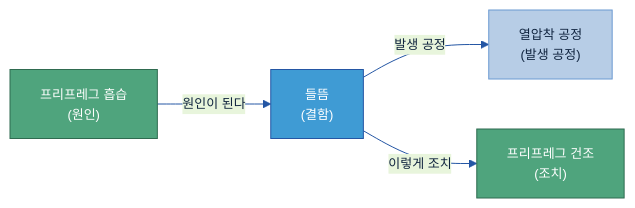
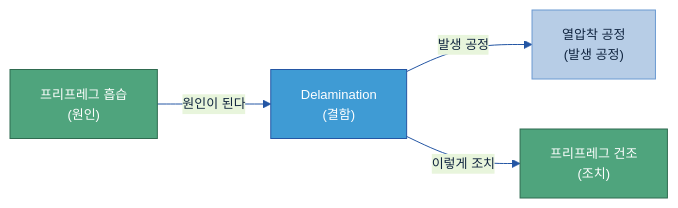
Before and after one commit to jin-kearney/ai-ready-data-manual: the first of 8 diagrams in 가이드 작성/B-3 온톨로지/B-3 온톨로지.md, drawn with Mermaid. The commit also changed other lines of this file and 1 other file, not shown here.

First line of the commit message:
docs(B-3): 용어 표기 일괄 정리 — 영문 병기 제거 + 들뜸→Delamination

````diff
--- a/가이드 작성/B-3 온톨로지/B-3 온톨로지.md
+++ b/가이드 작성/B-3 온톨로지/B-3 온톨로지.md
@@ -72,14 +72,14 @@
 ```mermaid
 %%{init: {'theme':'base','themeVariables':{'primaryColor':'#DCE8F5','primaryBorderColor':'#2456A4','primaryTextColor':'#10243f','lineColor':'#2456A4','fontSize':'13px'}}}%%
 flowchart LR
     원인["프리프레그 흡습\n(원인)"]:::loop
-    결함["들뜸\n(결함)"]:::gate
+    결함["Delamination\n(결함)"]:::gate
     공정["열압착 공정\n(발생 공정)"]:::n
     조치["프리프레그 건조\n(조치)"]:::loop
     원인 -->|"원인이 된다"| 결함
     결함 -->|"발생 공정"| 공정
     결함 -->|"이렇게 조치"| 조치
     classDef n fill:#B7CDE6,stroke:#6B9AD1,color:#10243f;
     classDef gate fill:#3F9BD4,stroke:#2456A4,color:#fff;
     classDef loop fill:#4FA47D,stroke:#2f6b50,color:#fff;
 ```
````
